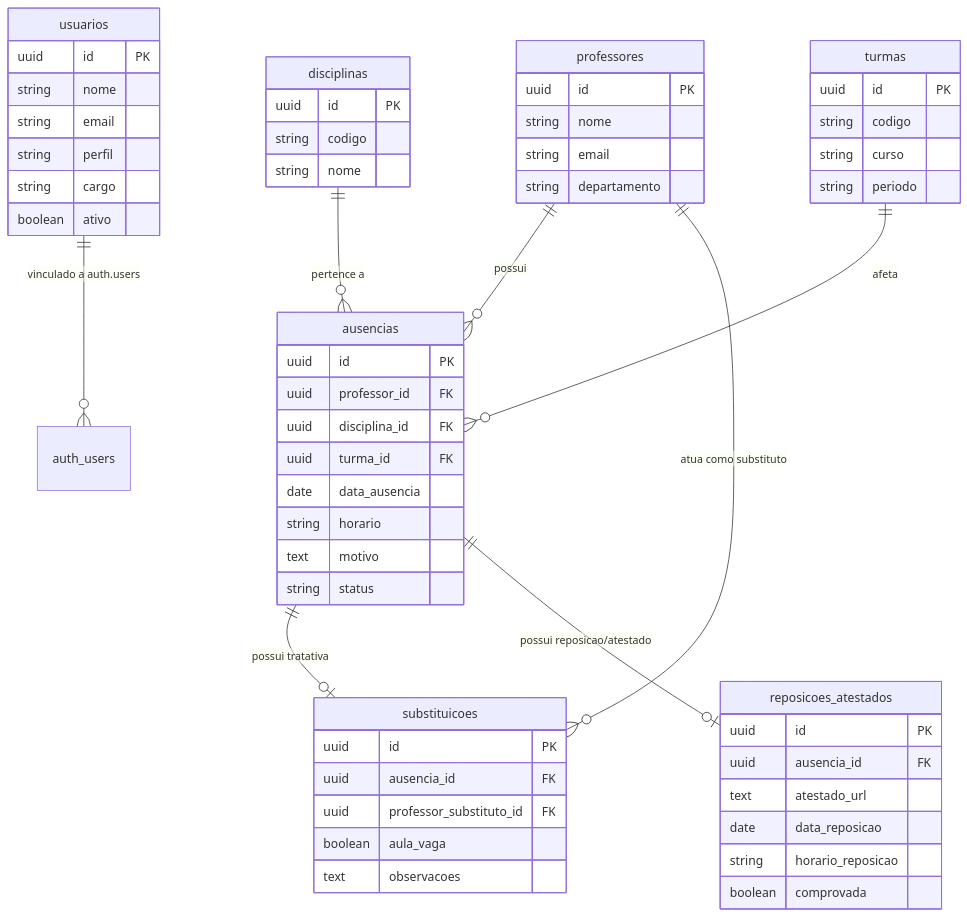
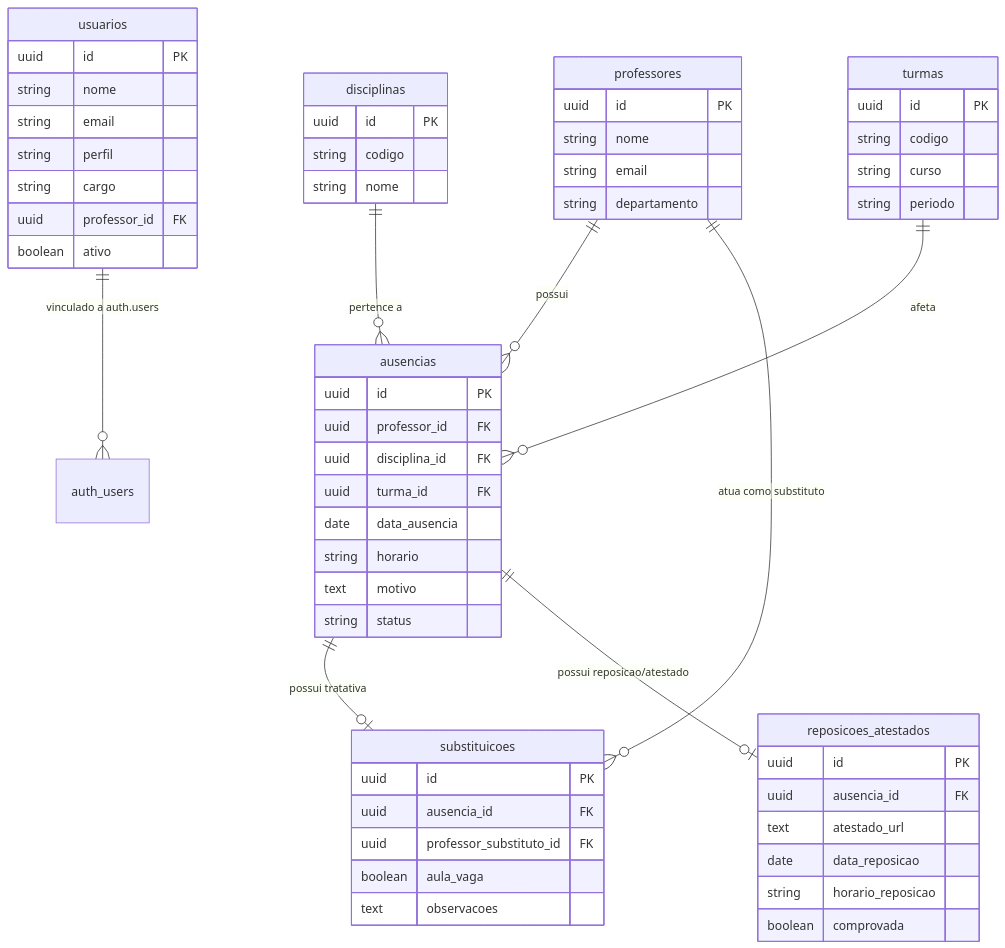
The second of 2 diagrams in PROJECT_STATE.md (MikeAAQueen/docente360), drawn with Mermaid before and after one commit. The commit also changed other lines of this file and 7 other files, not shown here.

````diff
--- a/PROJECT_STATE.md
+++ b/PROJECT_STATE.md
@@ -147,67 +148,68 @@
 ```mermaid
 erDiagram
     usuarios ||--o{ auth_users : "vinculado a auth.users"
     professores ||--o{ ausencias : "possui"
     disciplinas ||--o{ ausencias : "pertence a"
     turmas ||--o{ ausencias : "afeta"
     ausencias ||--o| substituicoes : "possui tratativa"
     ausencias ||--o| reposicoes_atestados : "possui reposicao/atestado"
     professores ||--o{ substituicoes : "atua como substituto"
 
     professores {
         uuid id PK
         string nome
         string email
         string departamento
     }
 
     disciplinas {
         uuid id PK
         string codigo
         string nome
     }
 
     turmas {
         uuid id PK
         string codigo
         string curso
         string periodo
     }
 
     ausencias {
         uuid id PK
         uuid professor_id FK
         uuid disciplina_id FK
         uuid turma_id FK
         date data_ausencia
         string horario
         text motivo
         string status
     }
 
     substituicoes {
         uuid id PK
         uuid ausencia_id FK
         uuid professor_substituto_id FK
         boolean aula_vaga
         text observacoes
     }
 
     reposicoes_atestados {
         uuid id PK
         uuid ausencia_id FK
         text atestado_url
         date data_reposicao
         string horario_reposicao
         boolean comprovada
     }
 
     usuarios {
         uuid id PK
         string nome
         string email
         string perfil
         string cargo
+        uuid professor_id FK
         boolean ativo
     }
 ```
````
